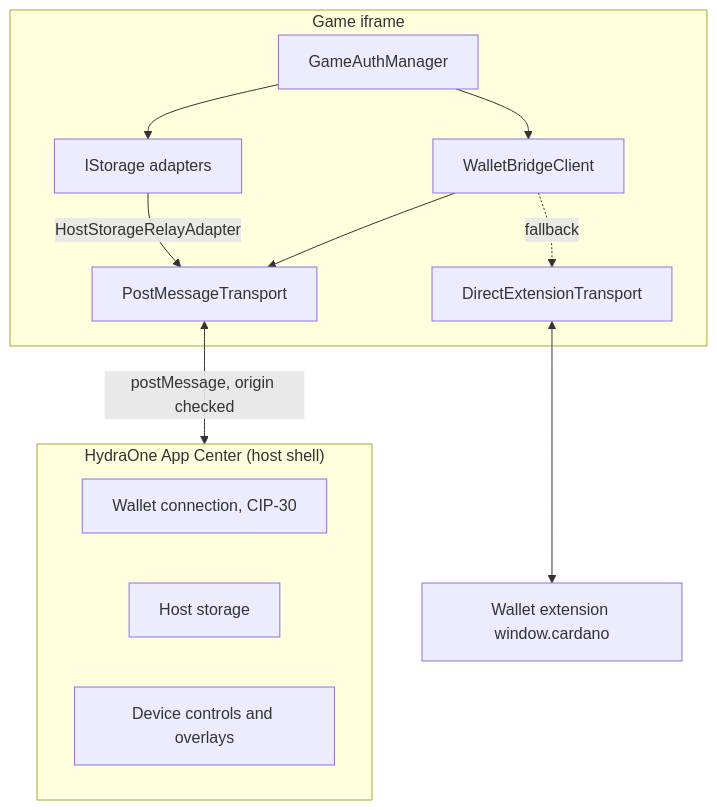
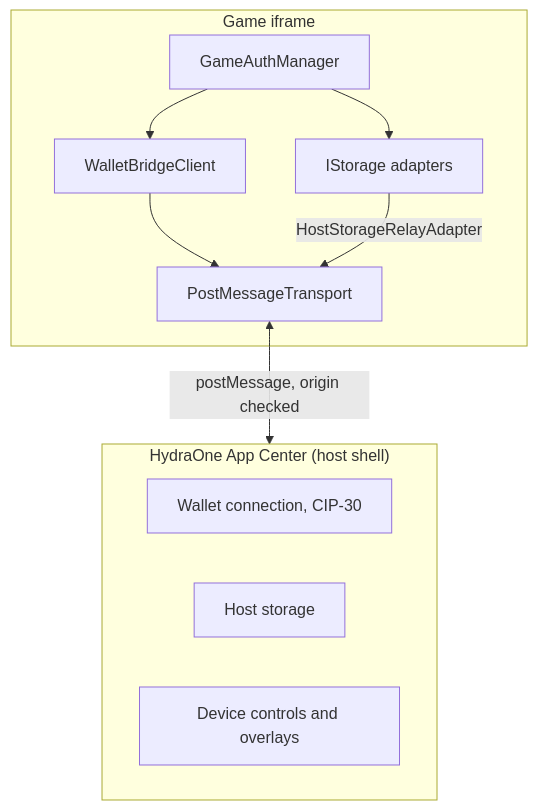
One commit to Vtechcom/hydraone-sdk changed the diagram in apps/docs/content/en/2.core-concepts/1.architecture.md. Above: the diagram before and after it, drawn with Mermaid. The commit also changed other lines of this file and 108 other files, not shown here.

````diff
--- a/apps/docs/content/en/2.core-concepts/1.architecture.md
+++ b/apps/docs/content/en/2.core-concepts/1.architecture.md
@@ -13,26 +13,21 @@
 ```mermaid
 flowchart TB
     subgraph Host["HydraOne App Center (host shell)"]
         HW[Wallet connection, CIP-30]
         HS[Host storage]
         HC[Device controls and overlays]
     end
 
     subgraph Game["Game iframe"]
         C[WalletBridgeClient]
         A[GameAuthManager]
         T1[PostMessageTransport]
-        T2[DirectExtensionTransport]
         S[IStorage adapters]
         C --> T1
-        C -.fallback.-> T2
         A --> C
         A --> S
     end
 
-    EXT[Wallet extension window.cardano]
-
     T1 <-->|postMessage, origin checked| Host
     S -->|HostStorageRelayAdapter| T1
-    T2 <--> EXT
 ```
````
